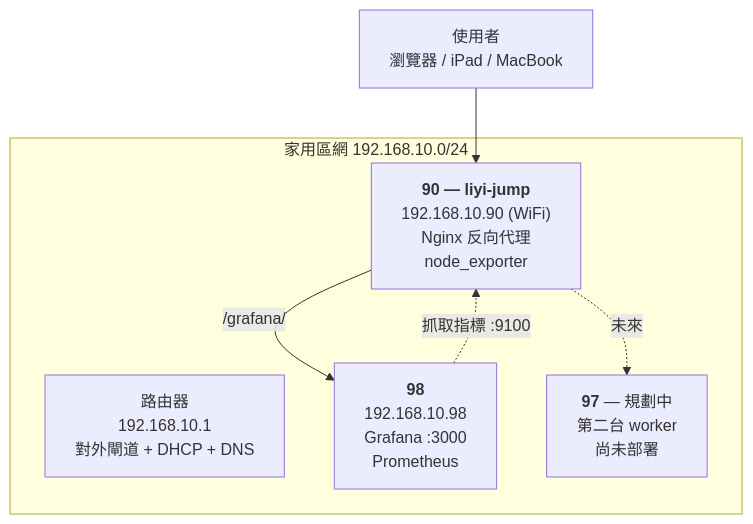
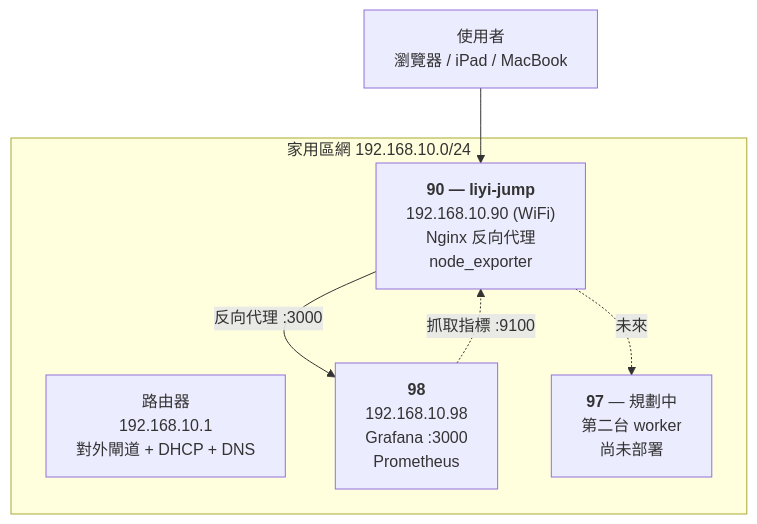
One commit to liyibass/software-engineer-roadmap changed the second of 2 diagrams in playground/liyi-server/README.md. Above: the diagram before and after it, drawn with Mermaid. The commit also changed other lines of this file and 5 other files, not shown here.

````diff
--- a/playground/liyi-server/README.md
+++ b/playground/liyi-server/README.md
@@ -31,15 +31,15 @@
 ```mermaid
 graph TB
     subgraph LAN["家用區網 192.168.10.0/24"]
         R["路由器<br/>192.168.10.1<br/>對外閘道 + DHCP + DNS"]
         J["<b>90 — liyi-jump</b><br/>192.168.10.90 (WiFi)<br/>Nginx 反向代理<br/>node_exporter"]
         S["<b>98</b><br/>192.168.10.98<br/>Grafana :3000<br/>Prometheus"]
         W["<b>97</b> — 規劃中<br/>第二台 worker<br/>尚未部署"]
     end
     U["使用者<br/>瀏覽器 / iPad / MacBook"]
 
     U --> J
-    J -->|"/grafana/"| S
+    J -->|"反向代理 :3000"| S
     J -.->|"未來"| W
     S -.->|"抓取指標 :9100"| J
 ```
````
